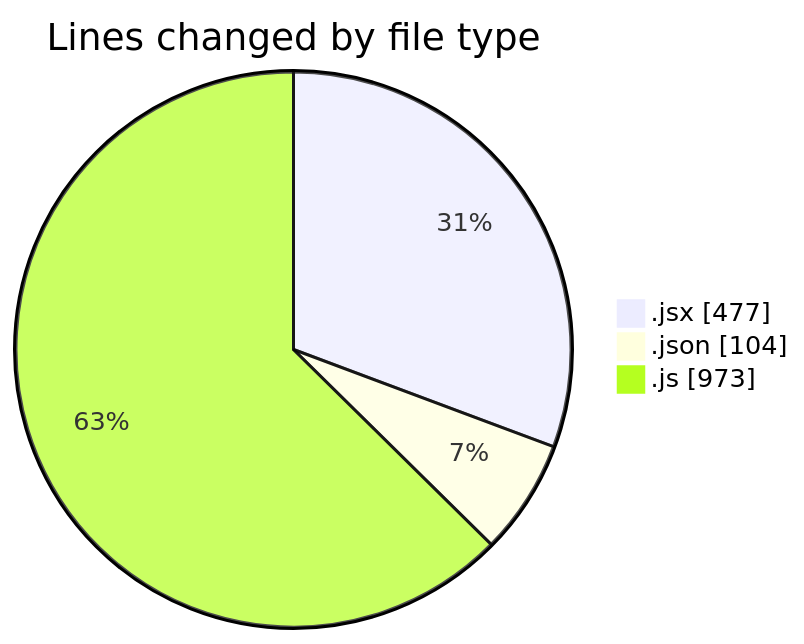
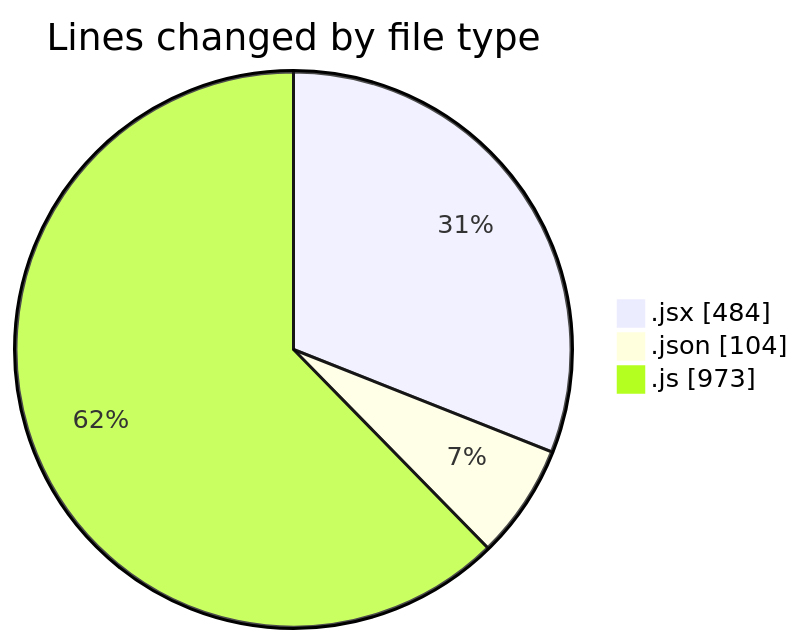
The first of 2 diagrams in 2025-05-19/cda/README.md (momahboobian/code-tracking), drawn with Mermaid before and after one commit. The commit also changed other lines of this file and 1 other file, not shown here.

````diff
--- a/2025-05-19/cda/README.md
+++ b/2025-05-19/cda/README.md
@@ -25,7 +25,7 @@
 ```mermaid
 pie showData
 title Lines changed by file type
-".jsx" : 477
+".jsx" : 484
 ".json" : 104
 ".js" : 973
 ```
````
